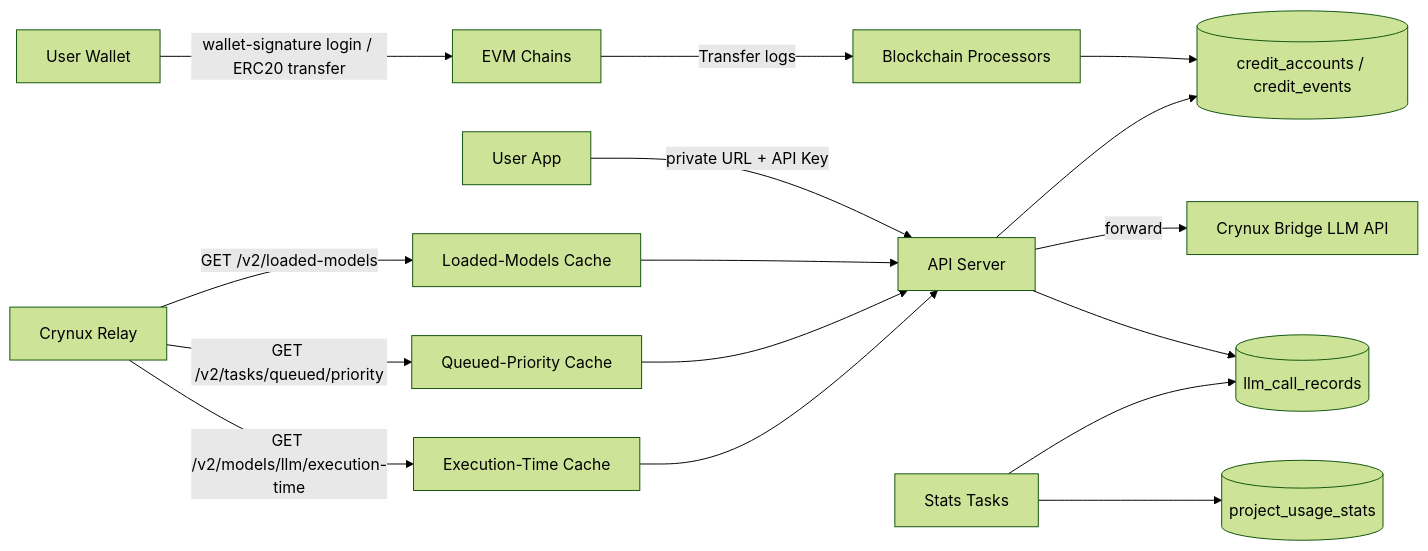
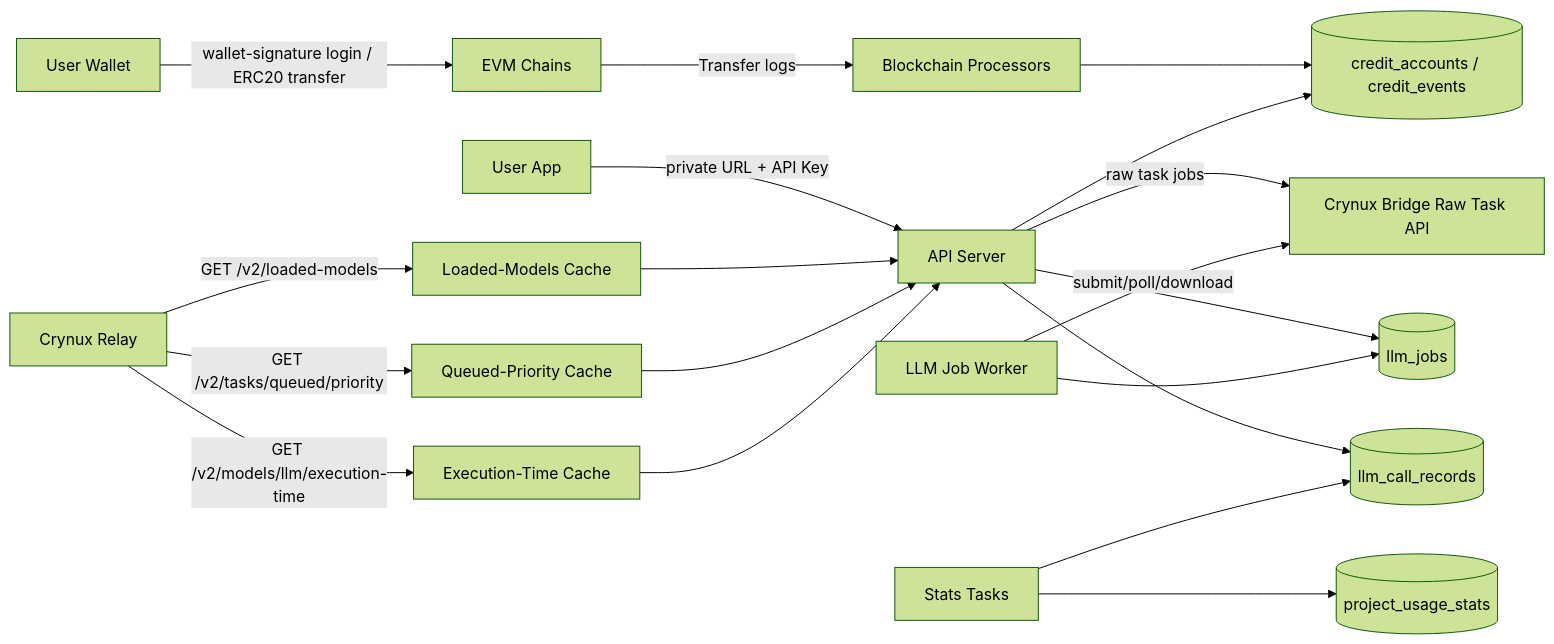
The diagram in docs/architecture.md (crynux-network/crynux-as), drawn with Mermaid (forest theme) before and after one commit. The commit also changed other lines of this file and 27 other files, not shown here.

````diff
--- a/docs/architecture.md
+++ b/docs/architecture.md
@@ -9,18 +9,21 @@
 ```mermaid
 flowchart LR
   Wallet[User Wallet] -->|"wallet-signature login / ERC20 transfer"| Chain[EVM Chains]
   Client[User App] -->|"private URL + API Key"| API[API Server]
   Chain -->|"Transfer logs"| Scanner[Blockchain Processors]
   Scanner --> Ledger[(credit_accounts / credit_events)]
   API --> Ledger
-  API -->|forward| Bridge[Crynux Bridge LLM API]
+  API -->|raw task jobs| Bridge[Crynux Bridge Raw Task API]
+  API --> Jobs[(llm_jobs)]
+  Worker[LLM Job Worker] --> Jobs
+  Worker -->|submit/poll/download| Bridge
   API --> Records[(llm_call_records)]
   Relay[Crynux Relay] -->|"GET /v2/loaded-models"| Cache[Loaded-Models Cache]
   Relay -->|"GET /v2/tasks/queued/priority"| PriorityCache[Queued-Priority Cache]
   Relay -->|"GET /v2/models/llm/execution-time"| ExecTimeCache[Execution-Time Cache]
   Cache --> API
   PriorityCache --> API
   ExecTimeCache --> API
   Stats[Stats Tasks] --> Records
   Stats --> Usage[(project_usage_stats)]
 ```
````
